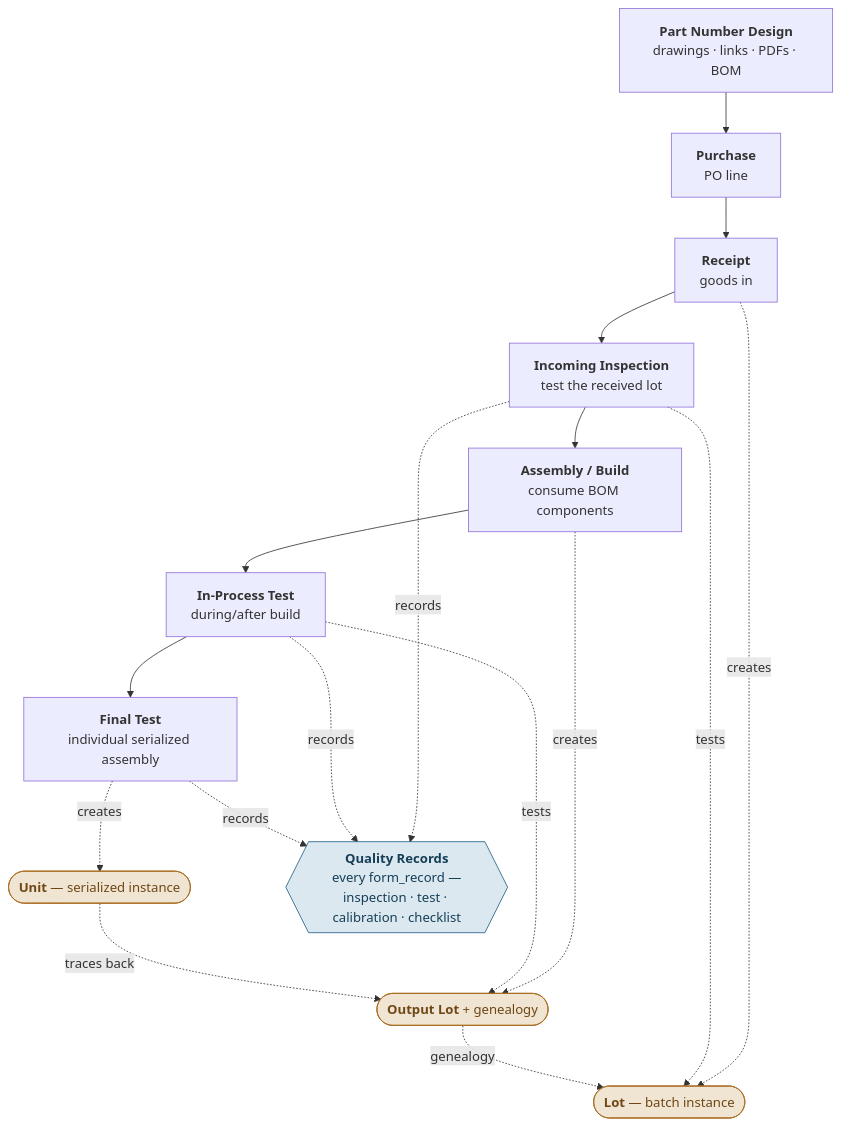
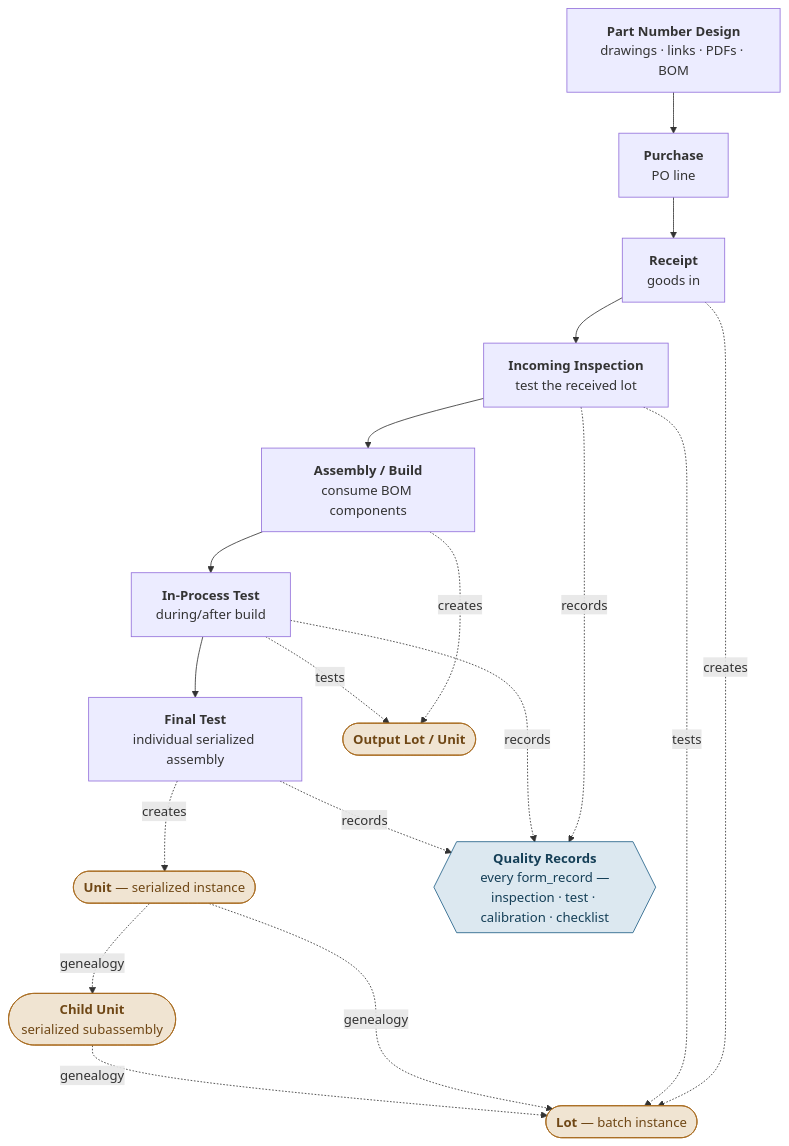
The first of 2 diagrams in docs/plans/traceability-data-model.md (Jolls/arx), drawn with Mermaid before and after one commit. The commit also changed other lines of this file, not shown here.

First line of the commit message:
docs: traceability data model draft3 — unified genealogy (Q11)

````diff
--- a/docs/plans/traceability-data-model.md
+++ b/docs/plans/traceability-data-model.md
@@ -26,30 +26,33 @@
 ```mermaid
 flowchart TD
     D["<b>Part Number Design</b><br/>drawings · links · PDFs · BOM"]
     P["<b>Purchase</b><br/>PO line"]
     R["<b>Receipt</b><br/>goods in"]
     II["<b>Incoming Inspection</b><br/>test the received lot"]
     A["<b>Assembly / Build</b><br/>consume BOM components"]
     IP["<b>In-Process Test</b><br/>during/after build"]
     FT["<b>Final Test</b><br/>individual serialized assembly"]
 
     %% spine, top → bottom
     D --> P --> R --> II --> A --> IP --> FT
 
     %% to the right: identity tiers (orange) + quality records (blue)
     R -. creates .-> L(["<b>Lot</b> — batch instance"])
     II -. tests .-> L
-    A -. creates .-> OL(["<b>Output Lot</b> + genealogy"])
+    A -. creates .-> OL(["<b>Output Lot / Unit</b>"])
     IP -. tests .-> OL
     FT -. creates .-> U(["<b>Unit</b> — serialized instance"])
-    U -. traces back .-> OL -. genealogy .-> L
+    CU(["<b>Child Unit</b><br/>serialized subassembly"])
+    U -. genealogy .-> L
+    U -. genealogy .-> CU
+    CU -. genealogy .-> L
 
     II -. records .-> QR{{"<b>Quality Records</b><br/>every form_record —<br/>inspection · test · calibration · checklist"}}
     IP -. records .-> QR
     FT -. records .-> QR
 
     classDef tier fill:#f0e4d2,stroke:#a86b1f,color:#6f4715;
-    class L,OL,U tier;
+    class L,OL,U,CU tier;
     classDef qr fill:#dce8f0,stroke:#1f5f86,color:#153f57;
     class QR qr;
 ```
````
